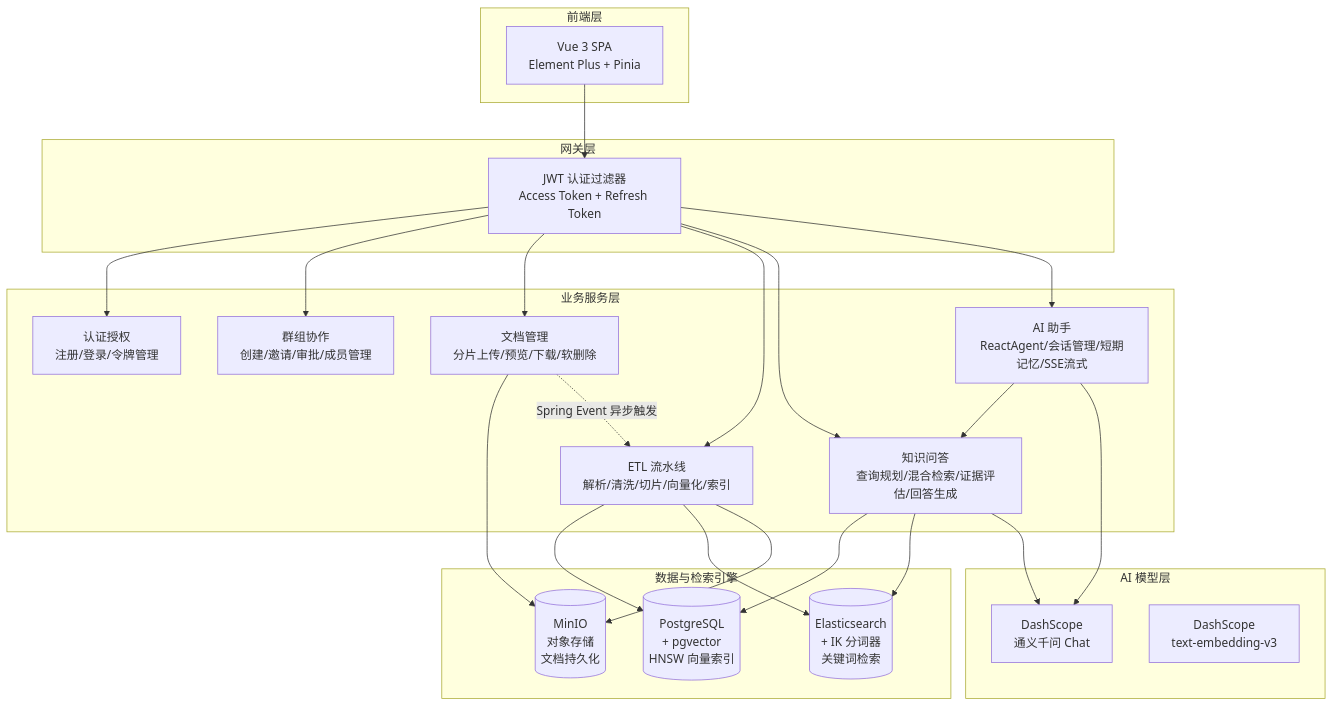
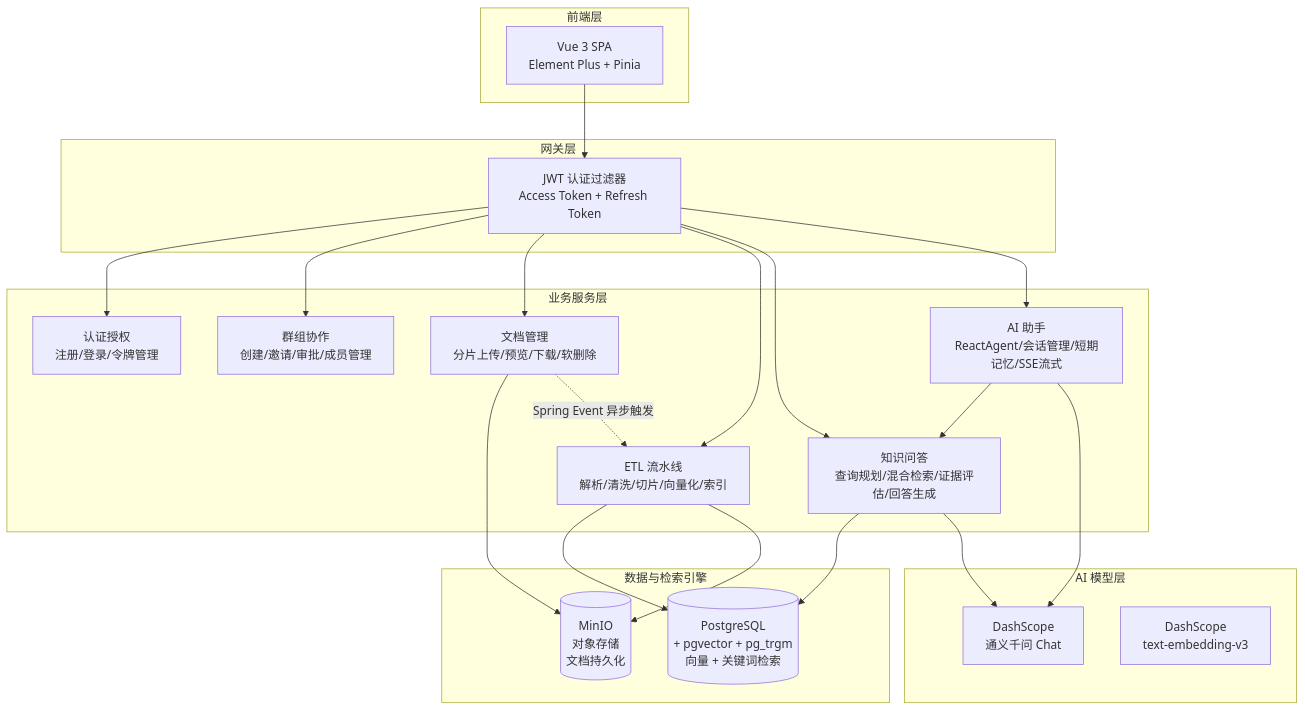
Before and after one commit to wentao3225/Argus: the diagram in README.md, drawn with Mermaid. The commit also changed other lines of this file and 1 other file, not shown here.

````diff
--- a/README.md
+++ b/README.md
@@ -123,38 +122,37 @@
 ```mermaid
 graph TB
     subgraph 前端层
         A[Vue 3 SPA<br/>Element Plus + Pinia]
     end
 
     subgraph 网关层
         B[JWT 认证过滤器<br/>Access Token + Refresh Token]
     end
 
     subgraph 业务服务层
         C[认证授权<br/>注册/登录/令牌管理]
         D[群组协作<br/>创建/邀请/审批/成员管理]
         E[文档管理<br/>分片上传/预览/下载/软删除]
         F[ETL 流水线<br/>解析/清洗/切片/向量化/索引]
         G[知识问答<br/>查询规划/混合检索/证据评估/回答生成]
         H[AI 助手<br/>ReactAgent/会话管理/短期记忆/SSE流式]
     end
 
     subgraph 数据与检索引擎
-        I[(PostgreSQL<br/>+ pgvector<br/>HNSW 向量索引)]
-        J[(Elasticsearch<br/>+ IK 分词器<br/>关键词检索)]
+        I[(PostgreSQL<br/>+ pgvector + pg_trgm<br/>向量 + 关键词检索)]
         K[(MinIO<br/>对象存储<br/>文档持久化)]
     end
 
     subgraph AI 模型层
         L[DashScope<br/>通义千问 Chat]
         M[DashScope<br/>text-embedding-v3]
     end
 
     A --> B
     B --> C & D & E & F & G & H
     E --> K
-    F --> I & J & K
-    G --> I & J & L
+    F --> I & K
+    G --> I & L
     H --> G & L
     E -.->|Spring Event 异步触发| F
 ```
````
